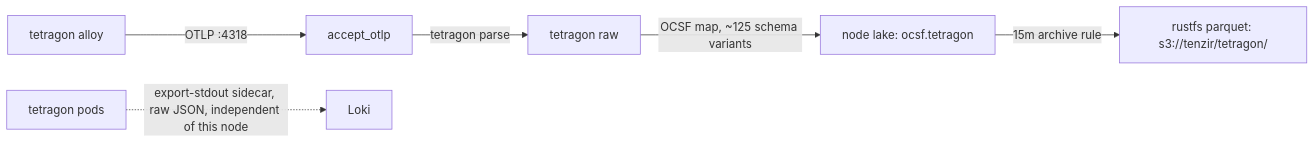
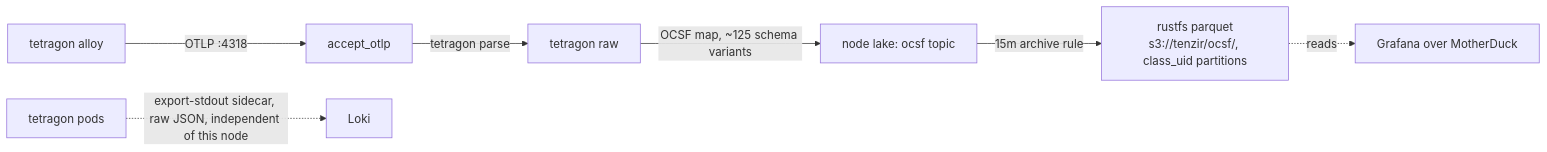
The diagram in flux/manifests/03-services/observability/tenzir/nodes/tetragon/README.md (Apocrathia/homelab), drawn with Mermaid before and after one commit. The commit also changed other lines of this file and 32 other files, not shown here.

````diff
--- a/flux/manifests/03-services/observability/tenzir/nodes/tetragon/README.md
+++ b/flux/manifests/03-services/observability/tenzir/nodes/tetragon/README.md
@@ -26,8 +26,9 @@
 ```mermaid
 flowchart LR
     TT[tetragon alloy] -->|"OTLP :4318"| AO[accept_otlp]
     AO -->|"tetragon parse"| TR["tetragon raw"]
-    TR -->|"OCSF map, ~125 schema variants"| LAKE["node lake: ocsf.tetragon"]
-    LAKE -->|"15m archive rule"| S3["rustfs parquet: s3://tenzir/tetragon/"]
+    TR -->|"OCSF map, ~125 schema variants"| LAKE["node lake: ocsf topic"]
+    LAKE -->|"15m archive rule"| S3["rustfs parquet<br/>s3://tenzir/ocsf/, class_uid partitions"]
+    S3 -.->|"reads"| GRAF["Grafana over MotherDuck"]
     TP["tetragon pods"] -.->|"export-stdout sidecar, raw JSON, independent of this node"| LOKI[Loki]
 ```
````
